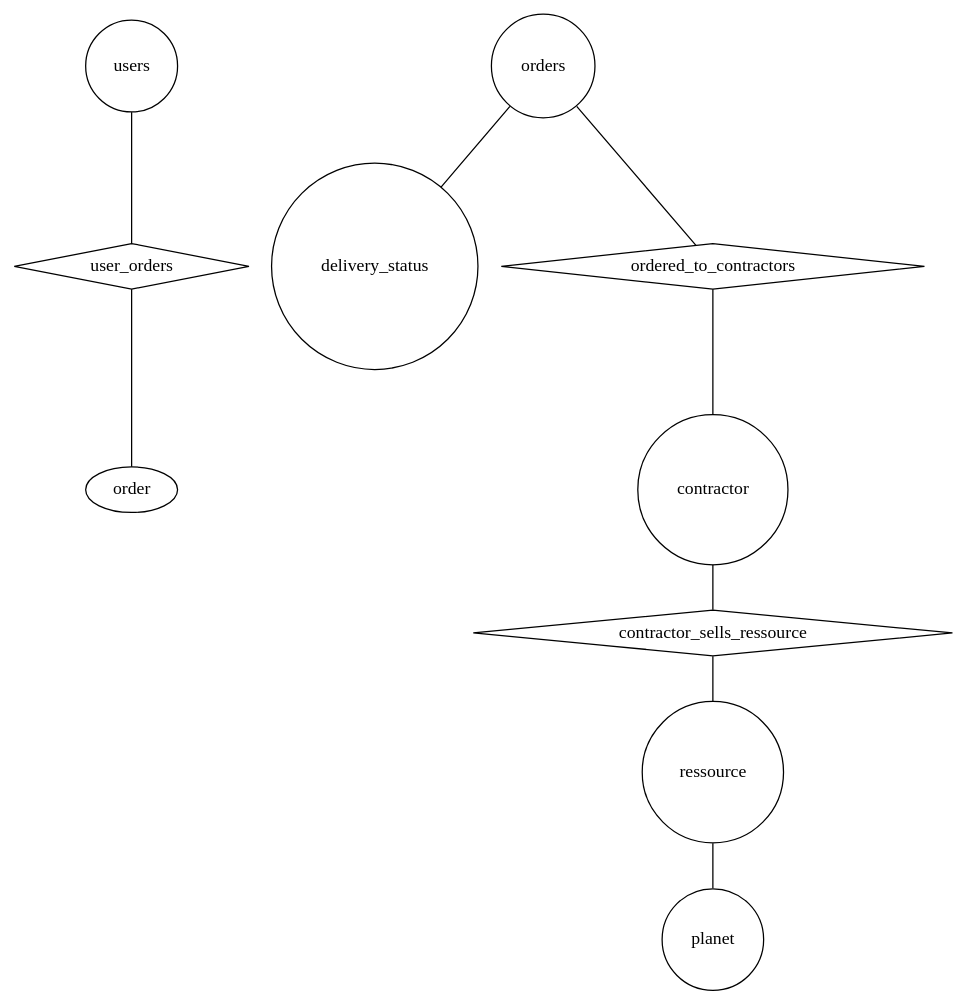
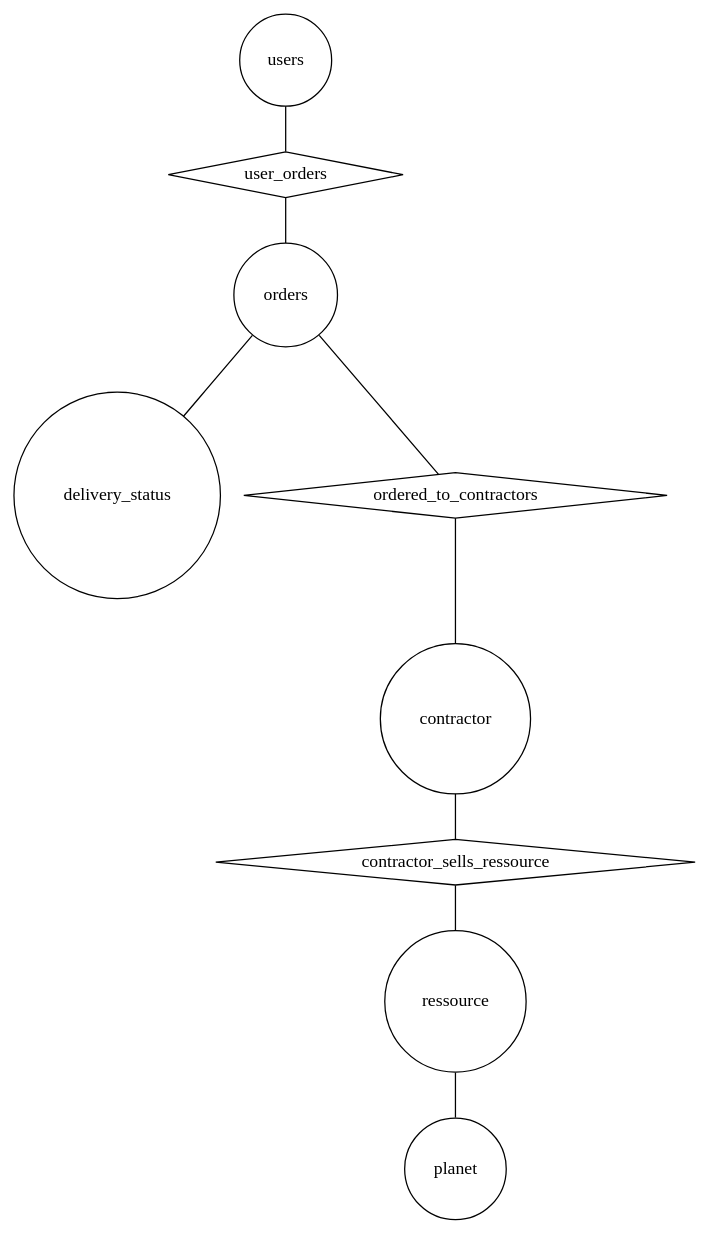
One commit to arla-sigl-2022/database changed the diagram in postgresql/docs/erd.dot. Above: the diagram before and after it, drawn with Graphviz. The commit also changed 1 other file, not shown here.

```diff
--- a/postgresql/docs/erd.dot
+++ b/postgresql/docs/erd.dot
@@ -1,29 +1,29 @@
 graph G {
 
     /**
      * Tables and attributes def
      */
 	"users" [shape=circle];
 	"orders" [shape=circle];
     "delivery_status" [shape=circle];
 	"contractor" [shape=circle];
 	"ressource" [shape=circle];
     "planet" [shape=circle];
 
 	"user_orders" [shape=diamond];
     "ordered_to_contractors" [shape=diamond]; 
 	"contractor_sells_ressource" [shape=diamond];
 
     /**
      *  Relations between tables
      */
     "users" -- "user_orders";
-    "user_orders" -- "order";
+    "user_orders" -- "orders";
     "orders" -- "delivery_status";
     "orders" -- "ordered_to_contractors";
     "ordered_to_contractors" -- "contractor";
     "contractor" -- "contractor_sells_ressource";
     "contractor_sells_ressource" -- "ressource";
     "ressource" -- "planet";
     
 }
```
